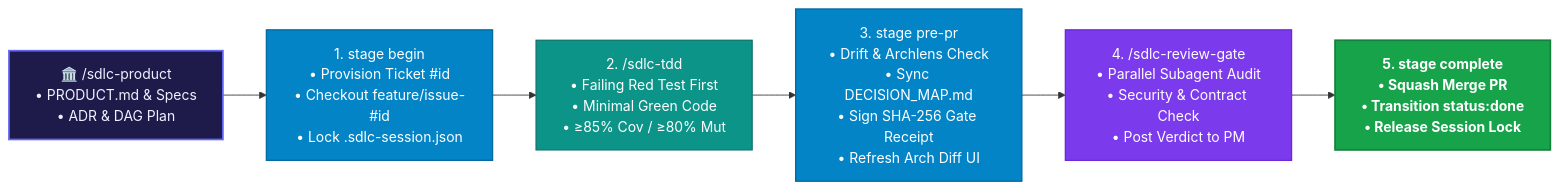
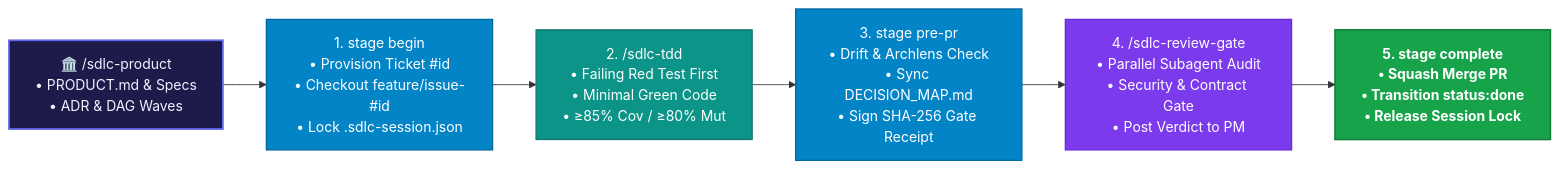
One commit to fmatar/sealit changed the diagram in README.md. Above: the diagram before and after it, drawn with Mermaid. The commit also changed other lines of this file and 5 other files, not shown here.

````diff
--- a/README.md
+++ b/README.md
@@ -89,17 +123,17 @@
 ```mermaid
 flowchart LR
-    classDef init fill:#1e1b4b,stroke:#6366f1,stroke-width:2px,color:#eef2ff;
+    classDef spec fill:#1e1b4b,stroke:#6366f1,stroke-width:2px,color:#eef2ff;
     classDef stage fill:#0284c7,stroke:#0369a1,stroke-width:1.5px,color:#ffffff;
     classDef tdd fill:#0d9488,stroke:#0f766e,stroke-width:1.5px,color:#ffffff;
     classDef gate fill:#7c3aed,stroke:#6d28d9,stroke-width:1.5px,color:#ffffff;
     classDef done fill:#16a34a,stroke:#15803d,stroke-width:2px,color:#ffffff,font-weight:bold;
 
-    P["🏛️ /sdlc-product\n• PRODUCT.md & Specs\n• ADR & DAG Plan"]:::init
-    B["1. stage begin\n• Provision Ticket #id\n• Checkout feature/issue-#id\n• Lock .sdlc-session.json"]:::stage
-    T["2. /sdlc-tdd\n• Failing Red Test First\n• Minimal Green Code\n• ≥85% Cov / ≥80% Mut"]:::tdd
-    PR["3. stage pre-pr\n• Drift & Archlens Check\n• Sync DECISION_MAP.md\n• Sign SHA-256 Gate Receipt\n• Refresh Arch Diff UI"]:::stage
-    RG["4. /sdlc-review-gate\n• Parallel Subagent Audit\n• Security & Contract Check\n• Post Verdict to PM"]:::gate
-    C["5. stage complete\n• Squash Merge PR\n• Transition status:done\n• Release Session Lock"]:::done
+    P["🏛️ /sdlc-product<br/>• PRODUCT.md & Specs<br/>• ADR & DAG Waves"]:::spec
+    B["1. stage begin<br/>• Provision Ticket #id<br/>• Checkout feature/issue-#id<br/>• Lock .sdlc-session.json"]:::stage
+    T["2. /sdlc-tdd<br/>• Failing Red Test First<br/>• Minimal Green Code<br/>• ≥85% Cov / ≥80% Mut"]:::tdd
+    PR["3. stage pre-pr<br/>• Drift & Archlens Check<br/>• Sync DECISION_MAP.md<br/>• Sign SHA-256 Gate Receipt"]:::stage
+    RG["4. /sdlc-review-gate<br/>• Parallel Subagent Audit<br/>• Security & Contract Gate<br/>• Post Verdict to PM"]:::gate
+    C["5. stage complete<br/>• Squash Merge PR<br/>• Transition status:done<br/>• Release Session Lock"]:::done
 
     P --> B --> T --> PR --> RG --> C
 ```
````
